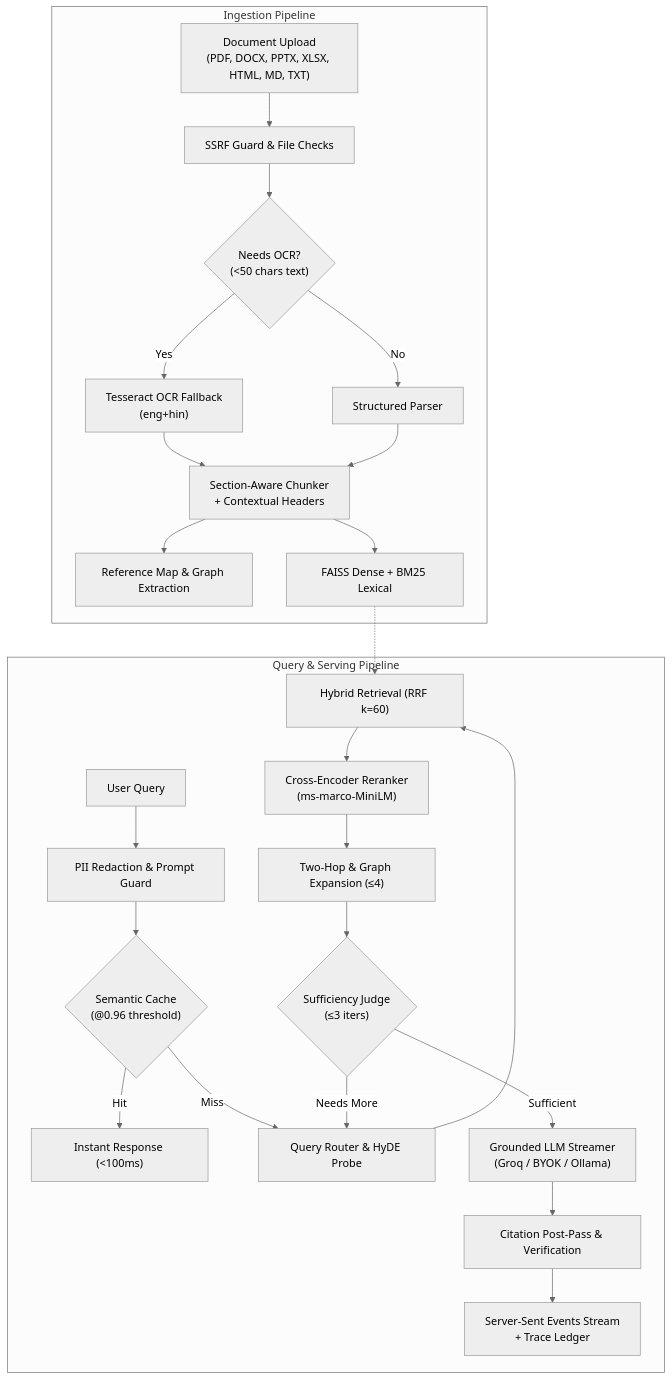
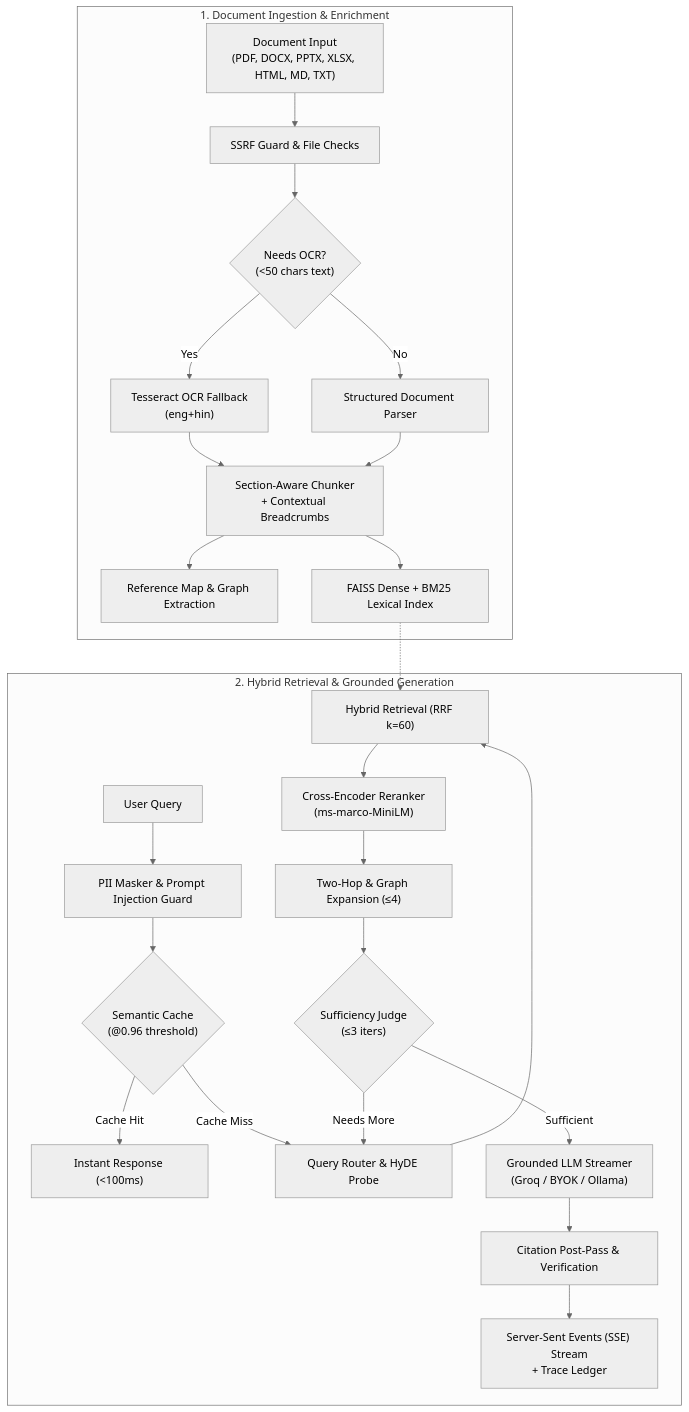
One commit to suvendu-2006/allcited changed the diagram in README.md. Above: the diagram before and after it, drawn with Mermaid (neutral theme). The commit also changed other lines of this file and 47 other files, not shown here.

````diff
--- a/README.md
+++ b/README.md
@@ -93,29 +137,29 @@
 ```mermaid
 flowchart TD
-    subgraph Ingestion ["Ingestion Pipeline"]
-        Doc["Document Upload\n(PDF, DOCX, PPTX, XLSX, HTML, MD, TXT)"] --> Guard["SSRF Guard & File Checks"]
+    subgraph Ingestion ["1. Document Ingestion & Enrichment"]
+        Doc["Document Input\n(PDF, DOCX, PPTX, XLSX, HTML, MD, TXT)"] --> Guard["SSRF Guard & File Checks"]
         Guard --> OCR{"Needs OCR?\n(<50 chars text)"}
         OCR -- Yes --> Tess["Tesseract OCR Fallback\n(eng+hin)"]
-        OCR -- No --> Parser["Structured Parser"]
-        Tess --> Chunker["Section-Aware Chunker\n+ Contextual Headers"]
+        OCR -- No --> Parser["Structured Document Parser"]
+        Tess --> Chunker["Section-Aware Chunker\n+ Contextual Breadcrumbs"]
         Parser --> Chunker
         Chunker --> RefMap["Reference Map & Graph Extraction"]
-        Chunker --> Index["FAISS Dense + BM25 Lexical"]
+        Chunker --> Index["FAISS Dense + BM25 Lexical Index"]
     end
 
-    subgraph Querying ["Query & Serving Pipeline"]
-        UserQ["User Query"] --> PII["PII Redaction & Prompt Guard"]
+    subgraph Querying ["2. Hybrid Retrieval & Grounded Generation"]
+        UserQ["User Query"] --> PII["PII Masker & Prompt Injection Guard"]
         PII --> Cache{"Semantic Cache\n(@0.96 threshold)"}
-        Cache -- Hit --> CachedAns["Instant Response (<100ms)"]
-        Cache -- Miss --> Router["Query Router & HyDE Probe"]
+        Cache -- Cache Hit --> CachedAns["Instant Response (<100ms)"]
+        Cache -- Cache Miss --> Router["Query Router & HyDE Probe"]
         Router --> Retrieval["Hybrid Retrieval (RRF k=60)"]
         Index -.-> Retrieval
         Retrieval --> Rerank["Cross-Encoder Reranker\n(ms-marco-MiniLM)"]
         Rerank --> Expand["Two-Hop & Graph Expansion (≤4)"]
         Expand --> Agentic{"Sufficiency Judge\n(≤3 iters)"}
         Agentic -- Needs More --> Router
         Agentic -- Sufficient --> LLM["Grounded LLM Streamer\n(Groq / BYOK / Ollama)"]
         LLM --> PostPass["Citation Post-Pass & Verification"]
-        PostPass --> SSE["Server-Sent Events Stream\n+ Trace Ledger"]
+        PostPass --> SSE["Server-Sent Events (SSE) Stream\n+ Trace Ledger"]
     end
 ```
````
